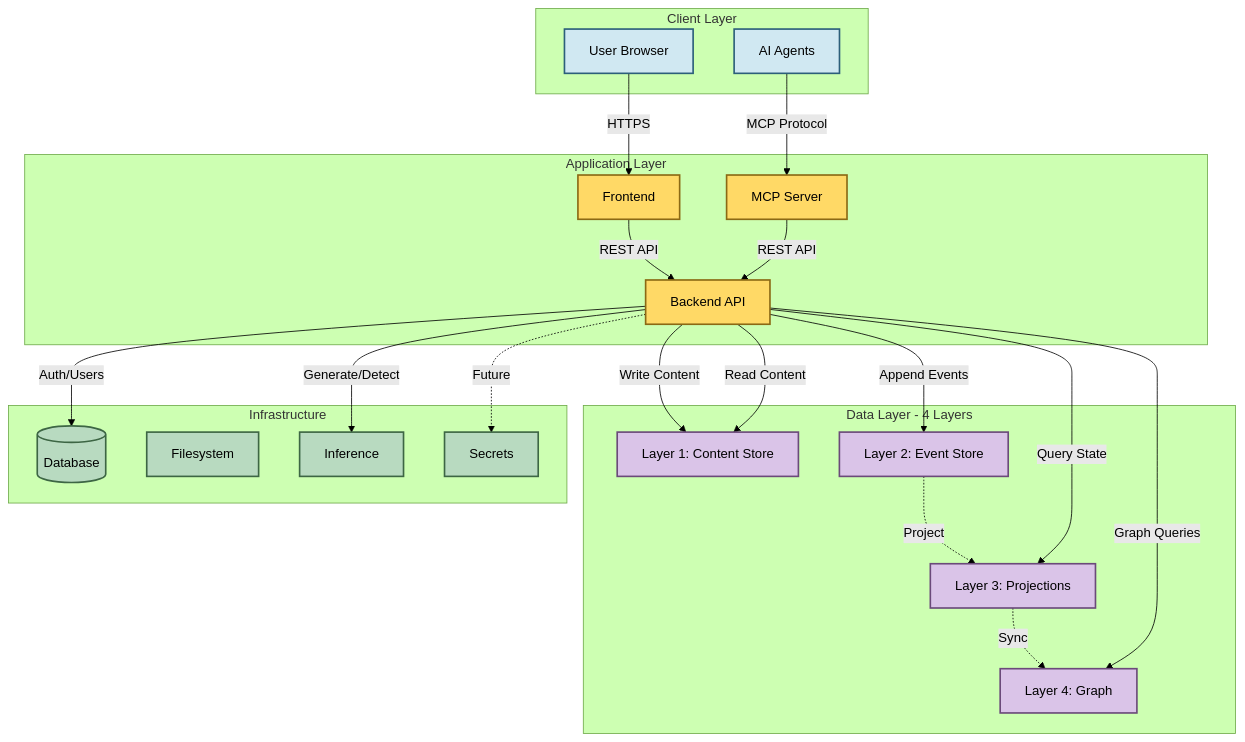
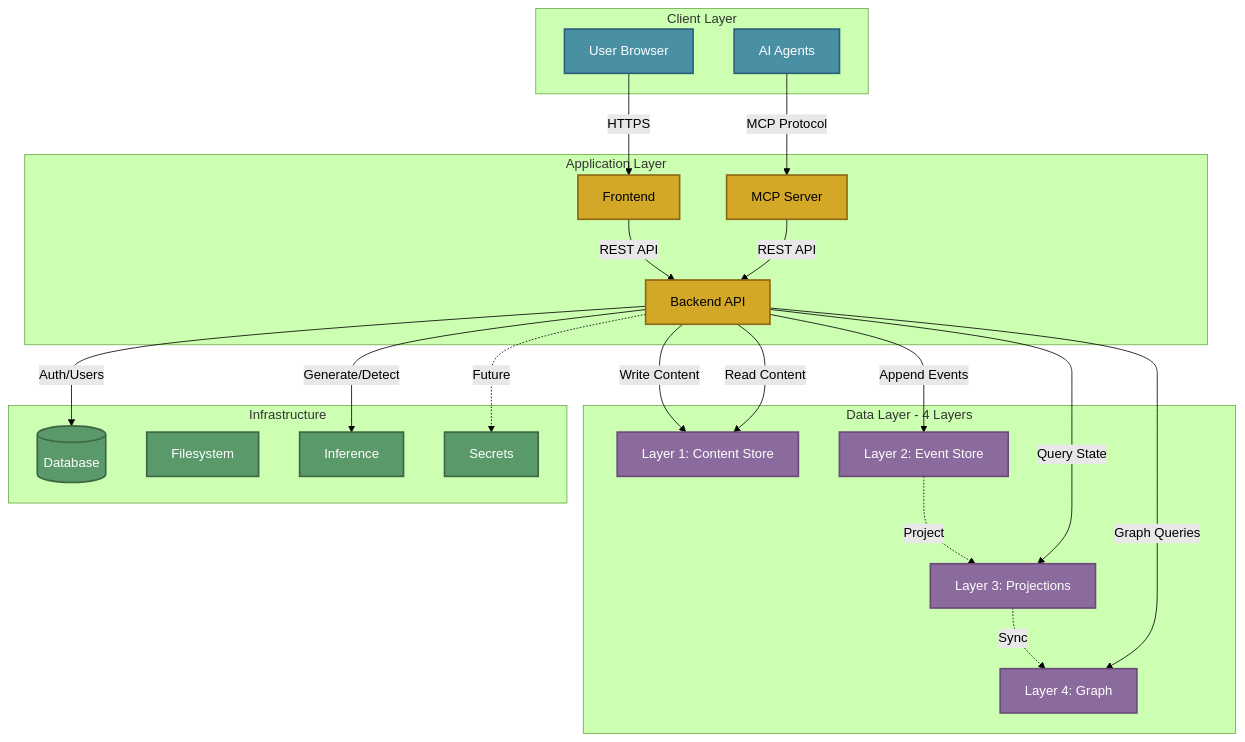
Before and after one commit to The-AI-Alliance/semiont: the diagram in docs/ARCHITECTURE.md, drawn with Mermaid (forest theme).

Commit message:
higher contrast colors

````diff
--- a/docs/ARCHITECTURE.md
+++ b/docs/ARCHITECTURE.md
@@ -23,64 +23,64 @@
 ```mermaid
 graph TB
     subgraph "Client Layer"
         USER[User Browser]
         AI[AI Agents]
     end
 
     subgraph "Application Layer"
         FE[Frontend]
         BE[Backend API]
         MCP[MCP Server]
     end
 
     subgraph "Data Layer - 4 Layers"
         L1[Layer 1: Content Store]
         L2[Layer 2: Event Store]
         L3[Layer 3: Projections]
         L4[Layer 4: Graph]
     end
 
     subgraph "Infrastructure"
         DB[(Database)]
         FS[Filesystem]
         INF[Inference]
         SEC[Secrets]
     end
 
     %% Client connections
     USER -->|HTTPS| FE
     AI -->|MCP Protocol| MCP
 
     %% Application layer
     FE -->|REST API| BE
     MCP -->|REST API| BE
 
     %% Backend to data layers (write path)
     BE -->|Write Content| L1
     BE -->|Append Events| L2
     BE -->|Auth/Users| DB
 
     %% Event-driven flow
     L2 -.->|Project| L3
     L3 -.->|Sync| L4
 
     %% Backend reads
     BE -->|Read Content| L1
     BE -->|Query State| L3
     BE -->|Graph Queries| L4
 
     %% External services
     BE -->|Generate/Detect| INF
     BE -.->|Future| SEC
 
-    %% Styling - colors chosen for readability in both light and dark modes
-    classDef client fill:#d0e8f2,stroke:#2c5f7a,stroke-width:2px
-    classDef app fill:#ffd966,stroke:#8b6914,stroke-width:2px
-    classDef data fill:#dac4e8,stroke:#6b4a7a,stroke-width:2px
-    classDef infra fill:#b8dac0,stroke:#3d6644,stroke-width:2px
+    %% Styling - darker fills ensure text contrast in both light and dark modes
+    classDef client fill:#4a90a4,stroke:#2c5f7a,stroke-width:2px,color:#fff
+    classDef app fill:#d4a827,stroke:#8b6914,stroke-width:2px,color:#000
+    classDef data fill:#8b6b9d,stroke:#6b4a7a,stroke-width:2px,color:#fff
+    classDef infra fill:#5a9a6a,stroke:#3d6644,stroke-width:2px,color:#fff
 
     class USER,AI client
     class FE,BE,MCP app
     class L1,L2,L3,L4 data
     class DB,FS,INF,SEC infra
 ```
````
